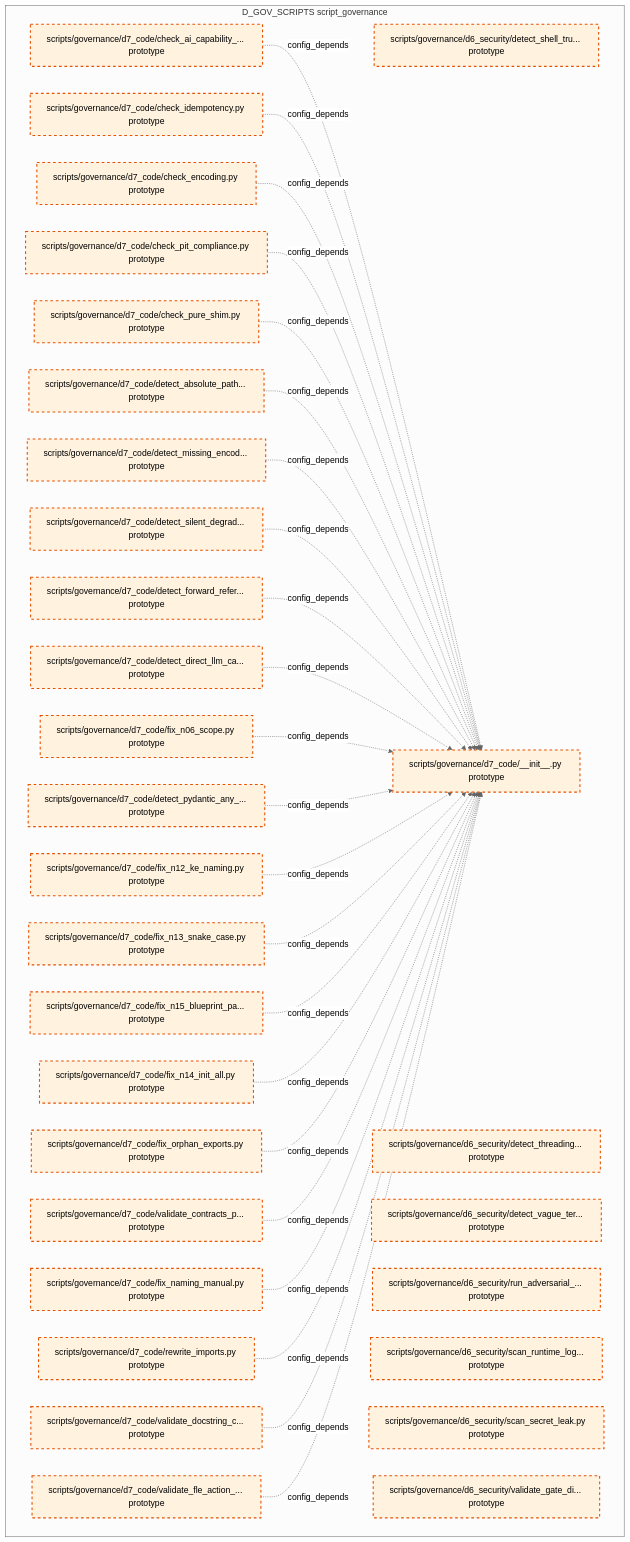
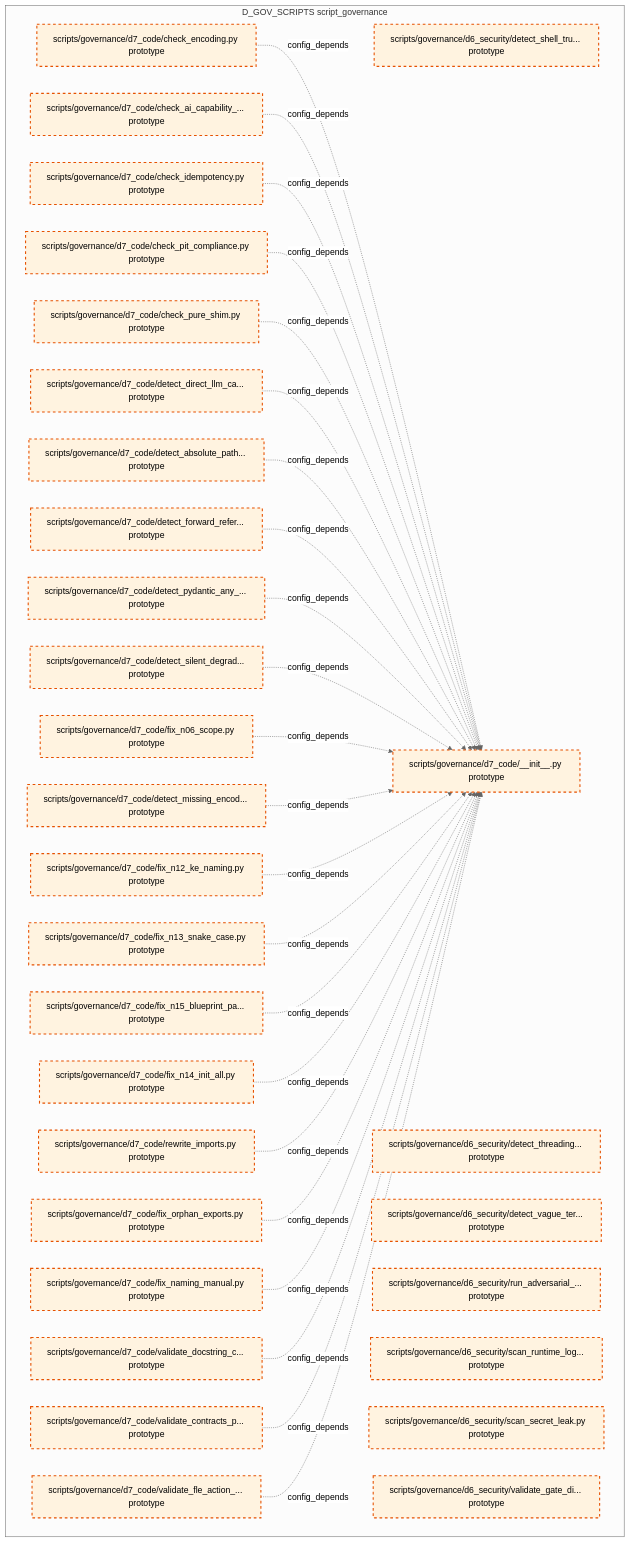
The tenth of 15 diagrams in docs/02_enterprise_architecture/02_domain_architecture_docs/36_d_gov_scripts.md (xuanFelixVan/ZephyrAlpha), drawn with Mermaid (neutral theme) before and after one commit. The commit also changed other lines of this file and 99 other files, not shown here.

````diff
--- a/docs/02_enterprise_architecture/02_domain_architecture_docs/36_d_gov_scripts.md
+++ b/docs/02_enterprise_architecture/02_domain_architecture_docs/36_d_gov_scripts.md
@@ -693,62 +690,62 @@
 ```mermaid
 graph TD
     subgraph D_GOV_SCRIPTS["D_GOV_SCRIPTS script_governance"]
         scripts_governance_d6_security_detect_shell_true_py["scripts/governance/d6_security/detect_shell_tru... prototype"]
         scripts_governance_d6_security_detect_threading_lock_py["scripts/governance/d6_security/detect_threading... prototype"]
         scripts_governance_d6_security_detect_vague_terms_py["scripts/governance/d6_security/detect_vague_ter... prototype"]
         scripts_governance_d6_security_run_adversarial_checks_py["scripts/governance/d6_security/run_adversarial_... prototype"]
         scripts_governance_d6_security_scan_runtime_log_secrets_py["scripts/governance/d6_security/scan_runtime_log... prototype"]
         scripts_governance_d6_security_scan_secret_leak_py["scripts/governance/d6_security/scan_secret_leak.py prototype"]
         scripts_governance_d6_security_validate_gate_discipline_py["scripts/governance/d6_security/validate_gate_di... prototype"]
         scripts_governance_d7_code_init_py["scripts/governance/d7_code/__init__.py prototype"]
         scripts_governance_d7_code_check_ai_capability_boundary_py["scripts/governance/d7_code/check_ai_capability_... prototype"]
         scripts_governance_d7_code_check_encoding_py["scripts/governance/d7_code/check_encoding.py prototype"]
         scripts_governance_d7_code_check_idempotency_py["scripts/governance/d7_code/check_idempotency.py prototype"]
         scripts_governance_d7_code_check_pit_compliance_py["scripts/governance/d7_code/check_pit_compliance.py prototype"]
         scripts_governance_d7_code_check_pure_shim_py["scripts/governance/d7_code/check_pure_shim.py prototype"]
         scripts_governance_d7_code_detect_absolute_path_hardcoding_py["scripts/governance/d7_code/detect_absolute_path... prototype"]
         scripts_governance_d7_code_detect_direct_llm_calls_py["scripts/governance/d7_code/detect_direct_llm_ca... prototype"]
         scripts_governance_d7_code_detect_forward_reference_py["scripts/governance/d7_code/detect_forward_refer... prototype"]
         scripts_governance_d7_code_detect_missing_encoding_py["scripts/governance/d7_code/detect_missing_encod... prototype"]
         scripts_governance_d7_code_detect_pydantic_any_fields_py["scripts/governance/d7_code/detect_pydantic_any_... prototype"]
         scripts_governance_d7_code_detect_silent_degradation_py["scripts/governance/d7_code/detect_silent_degrad... prototype"]
         scripts_governance_d7_code_fix_n06_scope_py["scripts/governance/d7_code/fix_n06_scope.py prototype"]
         scripts_governance_d7_code_fix_n12_ke_naming_py["scripts/governance/d7_code/fix_n12_ke_naming.py prototype"]
         scripts_governance_d7_code_fix_n13_snake_case_py["scripts/governance/d7_code/fix_n13_snake_case.py prototype"]
         scripts_governance_d7_code_fix_n14_init_all_py["scripts/governance/d7_code/fix_n14_init_all.py prototype"]
         scripts_governance_d7_code_fix_n15_blueprint_path_py["scripts/governance/d7_code/fix_n15_blueprint_pa... prototype"]
         scripts_governance_d7_code_fix_naming_manual_py["scripts/governance/d7_code/fix_naming_manual.py prototype"]
         scripts_governance_d7_code_fix_orphan_exports_py["scripts/governance/d7_code/fix_orphan_exports.py prototype"]
         scripts_governance_d7_code_rewrite_imports_py["scripts/governance/d7_code/rewrite_imports.py prototype"]
         scripts_governance_d7_code_validate_contracts_purity_py["scripts/governance/d7_code/validate_contracts_p... prototype"]
         scripts_governance_d7_code_validate_docstring_coverage_py["scripts/governance/d7_code/validate_docstring_c... prototype"]
         scripts_governance_d7_code_validate_fle_action_metadata_py["scripts/governance/d7_code/validate_fle_action_... prototype"]
     end
+    scripts_governance_d7_code_check_encoding_py -.->|config_depends| scripts_governance_d7_code_init_py
     scripts_governance_d7_code_check_ai_capability_boundary_py -.->|config_depends| scripts_governance_d7_code_init_py
     scripts_governance_d7_code_check_idempotency_py -.->|config_depends| scripts_governance_d7_code_init_py
-    scripts_governance_d7_code_check_encoding_py -.->|config_depends| scripts_governance_d7_code_init_py
     scripts_governance_d7_code_check_pit_compliance_py -.->|config_depends| scripts_governance_d7_code_init_py
     scripts_governance_d7_code_check_pure_shim_py -.->|config_depends| scripts_governance_d7_code_init_py
+    scripts_governance_d7_code_detect_direct_llm_calls_py -.->|config_depends| scripts_governance_d7_code_init_py
     scripts_governance_d7_code_detect_absolute_path_hardcoding_py -.->|config_depends| scripts_governance_d7_code_init_py
+    scripts_governance_d7_code_detect_forward_reference_py -.->|config_depends| scripts_governance_d7_code_init_py
+    scripts_governance_d7_code_detect_pydantic_any_fields_py -.->|config_depends| scripts_governance_d7_code_init_py
+    scripts_governance_d7_code_detect_silent_degradation_py -.->|config_depends| scripts_governance_d7_code_init_py
+    scripts_governance_d7_code_fix_n06_scope_py -.->|config_depends| scripts_governance_d7_code_init_py
     scripts_governance_d7_code_detect_missing_encoding_py -.->|config_depends| scripts_governance_d7_code_init_py
-    scripts_governance_d7_code_detect_silent_degradation_py -.->|config_depends| scripts_governance_d7_code_init_py
-    scripts_governance_d7_code_detect_forward_reference_py -.->|config_depends| scripts_governance_d7_code_init_py
-    scripts_governance_d7_code_detect_direct_llm_calls_py -.->|config_depends| scripts_governance_d7_code_init_py
-    scripts_governance_d7_code_fix_n06_scope_py -.->|config_depends| scripts_governance_d7_code_init_py
-    scripts_governance_d7_code_detect_pydantic_any_fields_py -.->|config_depends| scripts_governance_d7_code_init_py
     scripts_governance_d7_code_fix_n12_ke_naming_py -.->|config_depends| scripts_governance_d7_code_init_py
     scripts_governance_d7_code_fix_n13_snake_case_py -.->|config_depends| scripts_governance_d7_code_init_py
     scripts_governance_d7_code_fix_n15_blueprint_path_py -.->|config_depends| scripts_governance_d7_code_init_py
     scripts_governance_d7_code_fix_n14_init_all_py -.->|config_depends| scripts_governance_d7_code_init_py
+    scripts_governance_d7_code_rewrite_imports_py -.->|config_depends| scripts_governance_d7_code_init_py
     scripts_governance_d7_code_fix_orphan_exports_py -.->|config_depends| scripts_governance_d7_code_init_py
+    scripts_governance_d7_code_fix_naming_manual_py -.->|config_depends| scripts_governance_d7_code_init_py
+    scripts_governance_d7_code_validate_docstring_coverage_py -.->|config_depends| scripts_governance_d7_code_init_py
     scripts_governance_d7_code_validate_contracts_purity_py -.->|config_depends| scripts_governance_d7_code_init_py
-    scripts_governance_d7_code_fix_naming_manual_py -.->|config_depends| scripts_governance_d7_code_init_py
-    scripts_governance_d7_code_rewrite_imports_py -.->|config_depends| scripts_governance_d7_code_init_py
-    scripts_governance_d7_code_validate_docstring_coverage_py -.->|config_depends| scripts_governance_d7_code_init_py
     scripts_governance_d7_code_validate_fle_action_metadata_py -.->|config_depends| scripts_governance_d7_code_init_py
     classDef production fill:#e1f5fe,stroke:#01579b,stroke-width:2px,color:#000
     classDef design fill:#fff3e0,stroke:#e65100,stroke-width:2px,color:#000,stroke-dasharray: 5 5
     classDef external_prod fill:#e8f5e9,stroke:#1b5e20,stroke-width:1px,color:#000
     classDef external_design fill:#fce4ec,stroke:#880e4f,stroke-width:1px,color:#000,stroke-dasharray: 5 5
     class scripts_governance_d6_security_detect_shell_true_py,scripts_governance_d6_security_detect_threading_lock_py,scripts_governance_d6_security_detect_vague_terms_py,scripts_governance_d6_security_run_adversarial_checks_py,scripts_governance_d6_security_scan_runtime_log_secrets_py,scripts_governance_d6_security_scan_secret_leak_py,scripts_governance_d6_security_validate_gate_discipline_py,scripts_governance_d7_code_init_py,scripts_governance_d7_code_check_ai_capability_boundary_py,scripts_governance_d7_code_check_encoding_py,scripts_governance_d7_code_check_idempotency_py,scripts_governance_d7_code_check_pit_compliance_py,scripts_governance_d7_code_check_pure_shim_py,scripts_governance_d7_code_detect_absolute_path_hardcoding_py,scripts_governance_d7_code_detect_direct_llm_calls_py,scripts_governance_d7_code_detect_forward_reference_py,scripts_governance_d7_code_detect_missing_encoding_py,scripts_governance_d7_code_detect_pydantic_any_fields_py,scripts_governance_d7_code_detect_silent_degradation_py,scripts_governance_d7_code_fix_n06_scope_py,scripts_governance_d7_code_fix_n12_ke_naming_py,scripts_governance_d7_code_fix_n13_snake_case_py,scripts_governance_d7_code_fix_n14_init_all_py,scripts_governance_d7_code_fix_n15_blueprint_path_py,scripts_governance_d7_code_fix_naming_manual_py,scripts_governance_d7_code_fix_orphan_exports_py,scripts_governance_d7_code_rewrite_imports_py,scripts_governance_d7_code_validate_contracts_purity_py,scripts_governance_d7_code_validate_docstring_coverage_py,scripts_governance_d7_code_validate_fle_action_metadata_py design
 ```
````
